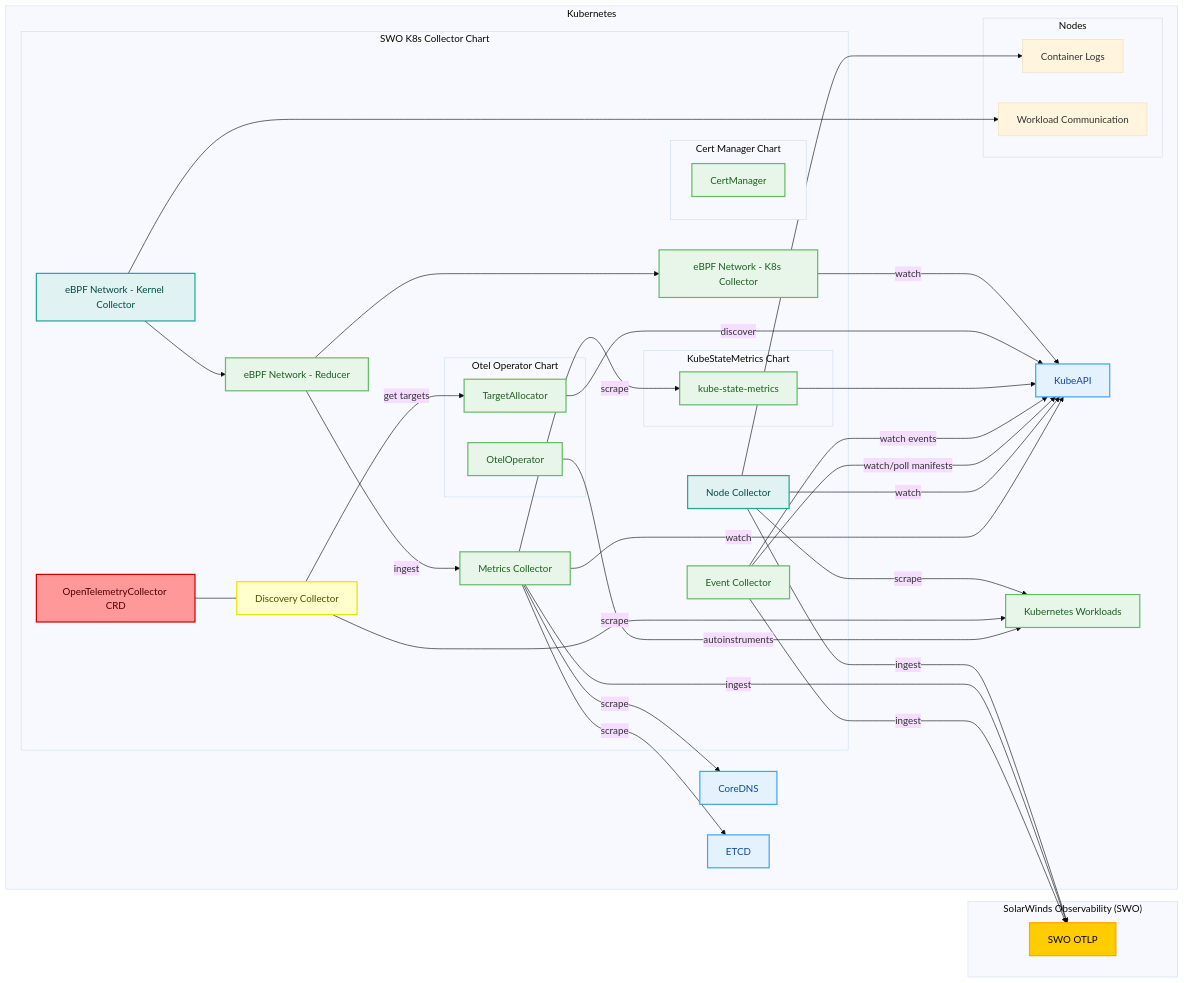
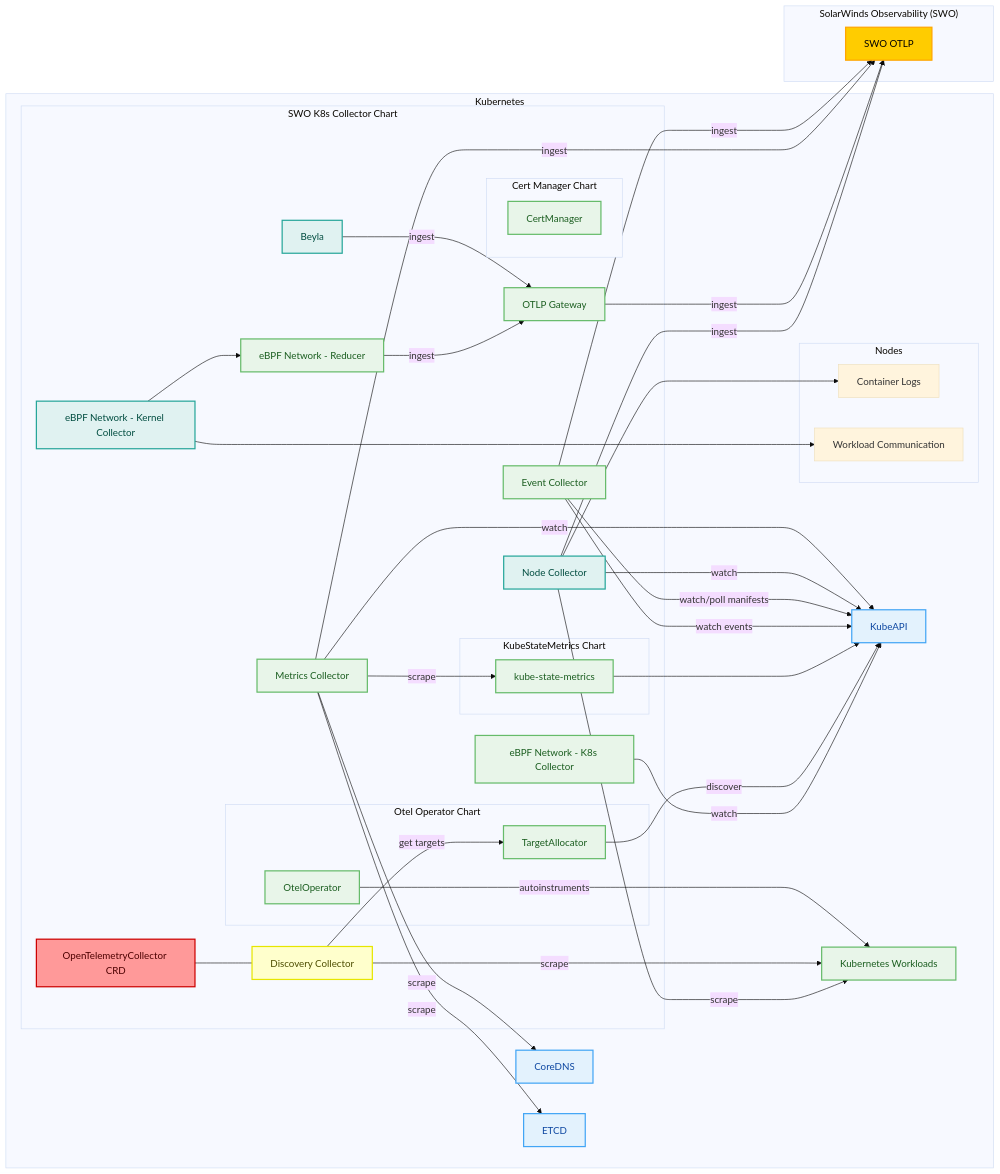
Before and after one commit to solarwinds/swi-k8s-opentelemetry-collector: the diagram in deploy/helm/README.md, drawn with Mermaid (base theme). The commit also changed other lines of this file and 21 other files, not shown here.

```diff
--- a/deploy/helm/README.md
+++ b/deploy/helm/README.md
@@ -48,8 +48,10 @@
         EventCollector["Event Collector"]:::deployment
         Reducer["eBPF Network - Reducer"]:::deployment
         K8sCollector["eBPF Network - K8s Collector"]:::deployment
+        KernelCollector["eBPF Network - Kernel Collector"]:::daemonset
+        Beyla["Beyla"]:::daemonset
+        Gateway["OTLP Gateway"]:::deployment
 
-        KernelCollector["eBPF Network - Kernel Collector"]:::daemonset
         NodeCollector["Node Collector"]:::daemonset
 
         OtelCollectorCrd["OpenTelemetryCollector CRD"]:::crd
@@ -79,11 +81,14 @@
 NodeCollector --> WorkloadLogs
 NodeCollector --> |"ingest"| SWO_Interface
 
-Reducer --> K8sCollector
 K8sCollector --> |"watch"| KubeAPI
 TargetAllocator --> |"discover"| KubeAPI
 KubeStateMetrics --> KubeAPI
-Reducer --> |"ingest"| MetricsCollector
+
+%% Gateway connections
+Reducer --> |"ingest"| Gateway
+Beyla --> |"ingest"| Gateway
+Gateway --> |"ingest"| SWO_Interface
 
 MetricsCollector --> |"scrape"| KubeStateMetrics
 MetricsCollector --> |"scrape"| CoreDNS
```
